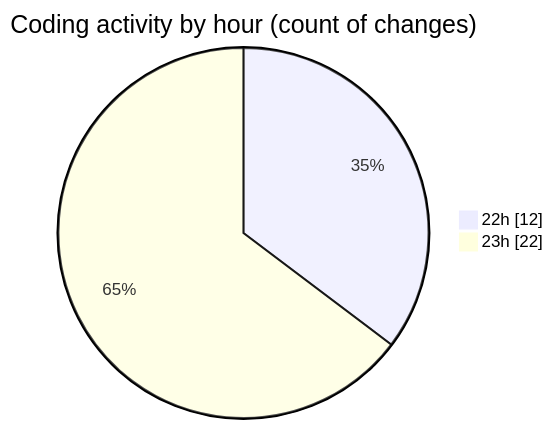
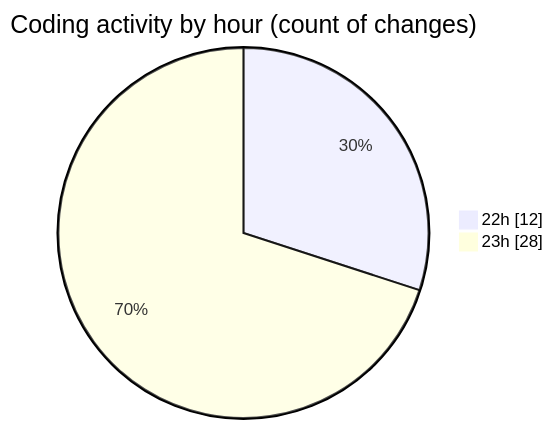
The second of 2 diagrams in 2025-02-04/0starter_files/README.md (Ritupan-Deka/code-tracking), drawn with Mermaid before and after one commit. The commit also changed other lines of this file and 1 other file, not shown here.

````diff
--- a/2025-02-04/0starter_files/README.md
+++ b/2025-02-04/0starter_files/README.md
@@ -28,6 +28,6 @@
 ```mermaid
 pie showData
 title Coding activity by hour (count of changes)
 "22h" : 12
-"23h" : 22
+"23h" : 28
 ```
````
